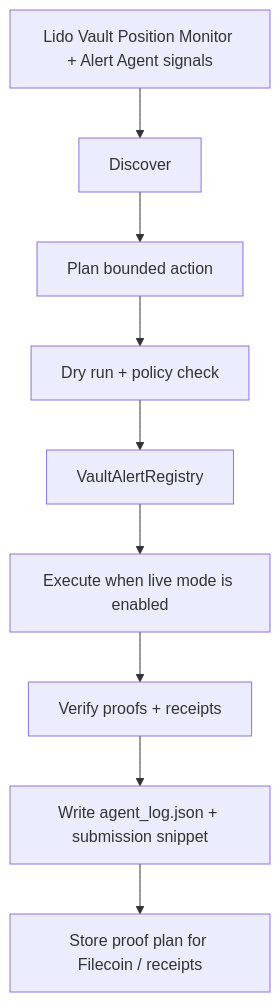
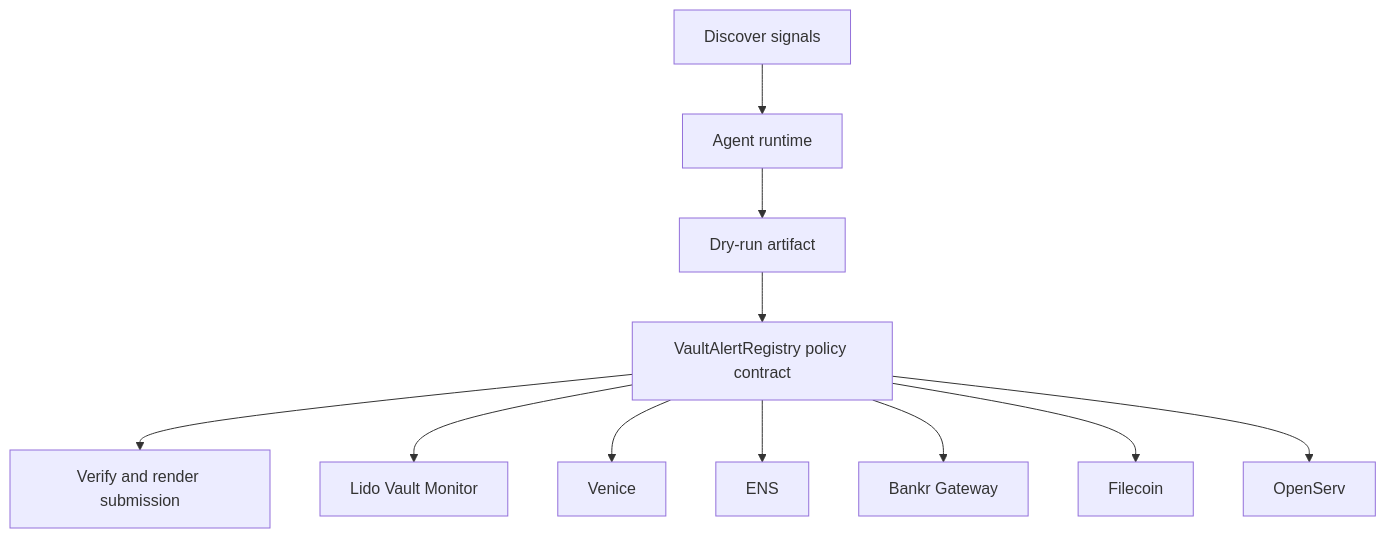
The diagram in docs/architecture.mmd (CrystallineButterfly/Synthesis-Lido-VaultMonitor), drawn with Mermaid before and after one commit. The commit also changed 998 other files, not shown here.

Commit message:
Implement bounded agent runtime

```diff
--- a/docs/architecture.mmd
+++ b/docs/architecture.mmd
@@ -1,9 +1,13 @@
 flowchart TD
-    Signals[Lido Vault Position Monitor + Alert Agent signals] --> Discover[Discover]
-    Discover --> Plan[Plan bounded action]
-    Plan --> DryRun[Dry run + policy check]
-    DryRun --> Guard[VaultAlertRegistry]
-    Guard --> Execute[Execute when live mode is enabled]
-    Execute --> Verify[Verify proofs + receipts]
-    Verify --> Persist[Write agent_log.json + submission snippet]
-    Persist --> Storage[Store proof plan for Filecoin / receipts]
+    Signals[Discover signals]
+    Planner[Agent runtime]
+    DryRun[Dry-run artifact]
+    Contract[VaultAlertRegistry policy contract]
+    Verify[Verify and render submission]
+    Signals --> Planner --> DryRun --> Contract --> Verify
+    Contract --> lido_vault_monitor[Lido Vault Monitor]
+    Contract --> venice[Venice]
+    Contract --> ens[ENS]
+    Contract --> bankr_gateway[Bankr Gateway]
+    Contract --> filecoin[Filecoin]
+    Contract --> openserv[OpenServ]
```
